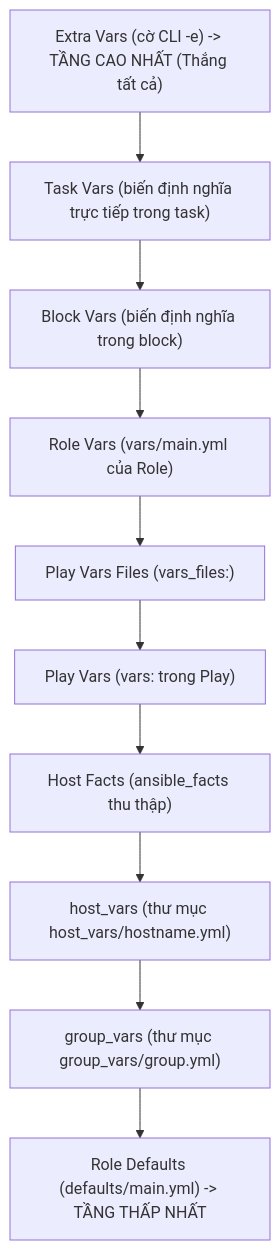
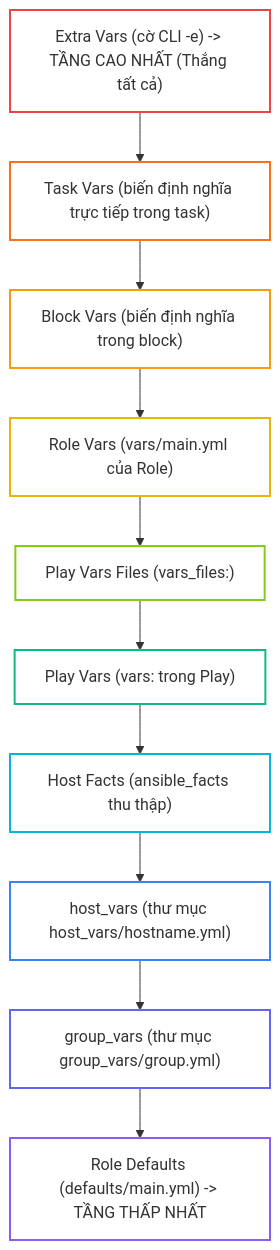
Before and after one commit to kiennt308/ntk: the first of 3 diagrams in _posts/2026-09-13-ansible-07-07-variables-precedence.md, drawn with Mermaid. The commit also changed other lines of this file and 30 other files, not shown here.

````diff
--- a/_posts/2026-09-13-ansible-07-07-variables-precedence.md
+++ b/_posts/2026-09-13-ansible-07-07-variables-precedence.md
@@ -83,12 +83,23 @@
 ```mermaid
 graph TD
     A["Extra Vars (cờ CLI -e) -> TẦNG CAO NHẤT (Thắng tất cả)"] --> B["Task Vars (biến định nghĩa trực tiếp trong task)"]
     B --> C["Block Vars (biến định nghĩa trong block)"]
     C --> D["Role Vars (vars/main.yml của Role)"]
     D --> E["Play Vars Files (vars_files:)"]
     E --> F["Play Vars (vars: trong Play)"]
     F --> G["Host Facts (ansible_facts thu thập)"]
     G --> H["host_vars (thư mục host_vars/hostname.yml)"]
     H --> I["group_vars (thư mục group_vars/group.yml)"]
     I --> J["Role Defaults (defaults/main.yml) -> TẦNG THẤP NHẤT"]
+
+    style A fill:none,stroke:#ef4444,stroke-width:2px
+    style B fill:none,stroke:#f97316,stroke-width:2px
+    style C fill:none,stroke:#f59e0b,stroke-width:2px
+    style D fill:none,stroke:#eab308,stroke-width:2px
+    style E fill:none,stroke:#84cc16,stroke-width:2px
+    style F fill:none,stroke:#10b981,stroke-width:2px
+    style G fill:none,stroke:#06b6d4,stroke-width:2px
+    style H fill:none,stroke:#3b82f6,stroke-width:2px
+    style I fill:none,stroke:#6366f1,stroke-width:2px
+    style J fill:none,stroke:#8b5cf6,stroke-width:2px
 ```
````
